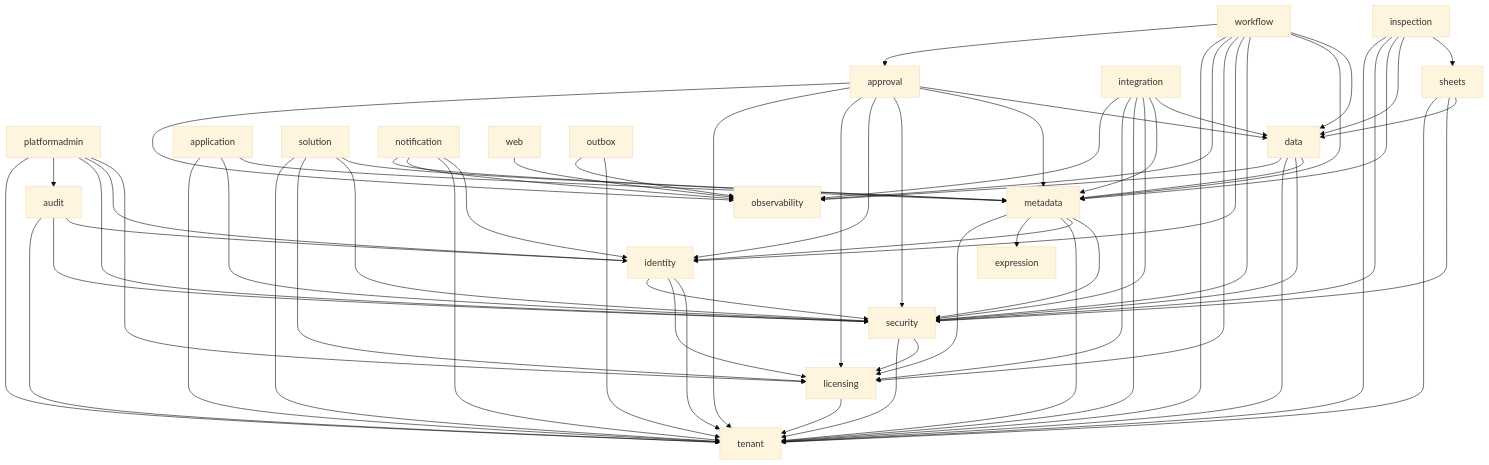
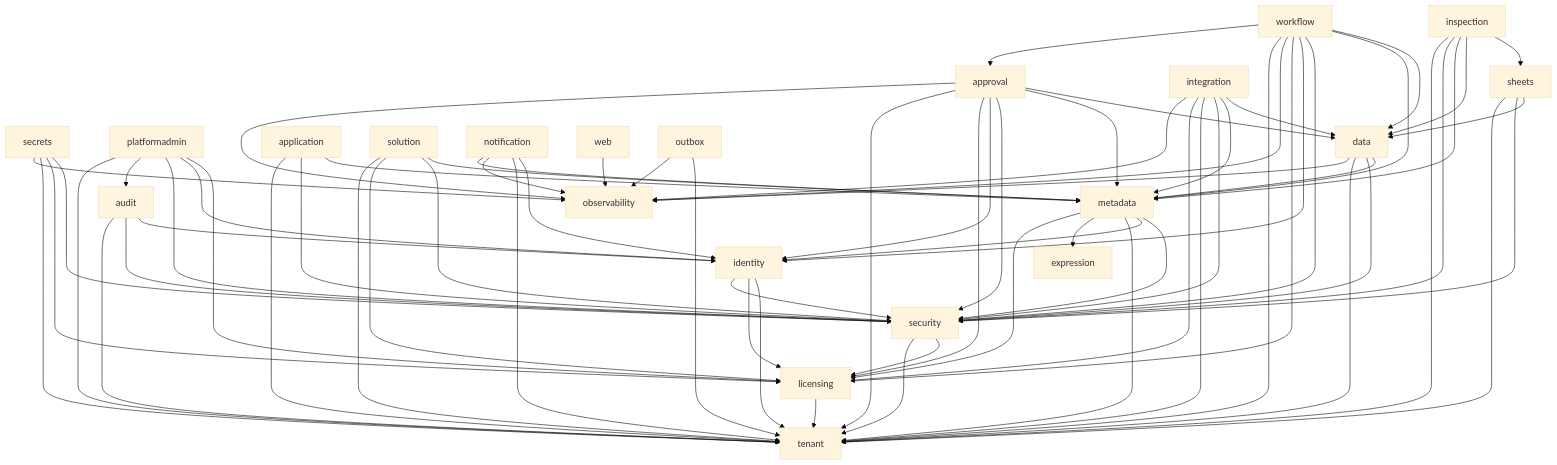
Before and after one commit to JKCloudbridge/SaaSJAVA: the diagram in docs/modules.md, drawn with Mermaid (base theme). The commit also changed other lines of this file and 67 other files, not shown here.

````diff
--- a/docs/modules.md
+++ b/docs/modules.md
@@ -35,20 +36,21 @@
 ```mermaid
 graph TD
+  secrets --> security & licensing & tenant & observability
   platformadmin --> licensing & identity & security & audit & tenant
   audit --> identity & security & tenant
   workflow --> data & metadata & security & identity & licensing & observability & tenant & approval
   approval --> data & metadata & security & identity & licensing & tenant & observability
   integration --> data & metadata & security & tenant & licensing & observability
   data --> metadata & security & tenant & observability
   sheets --> data & security & tenant
   inspection --> sheets & data & metadata & security & tenant
   application --> metadata & security & tenant
   solution --> metadata & security & licensing & tenant
   metadata --> security & identity & tenant & expression & licensing
   security --> licensing & tenant
   licensing --> tenant
   notification --> identity & tenant & observability & metadata
   identity --> tenant & licensing & security
   web --> observability
   outbox --> tenant & observability
 ```
````
